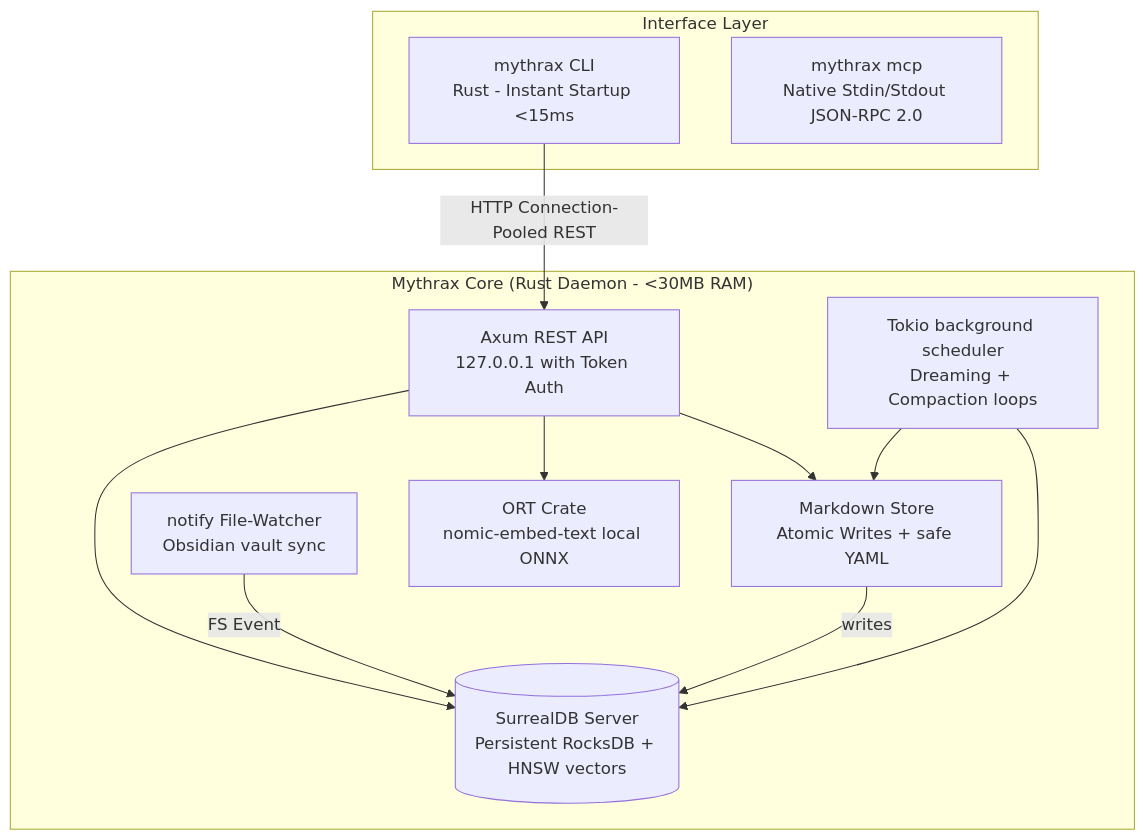
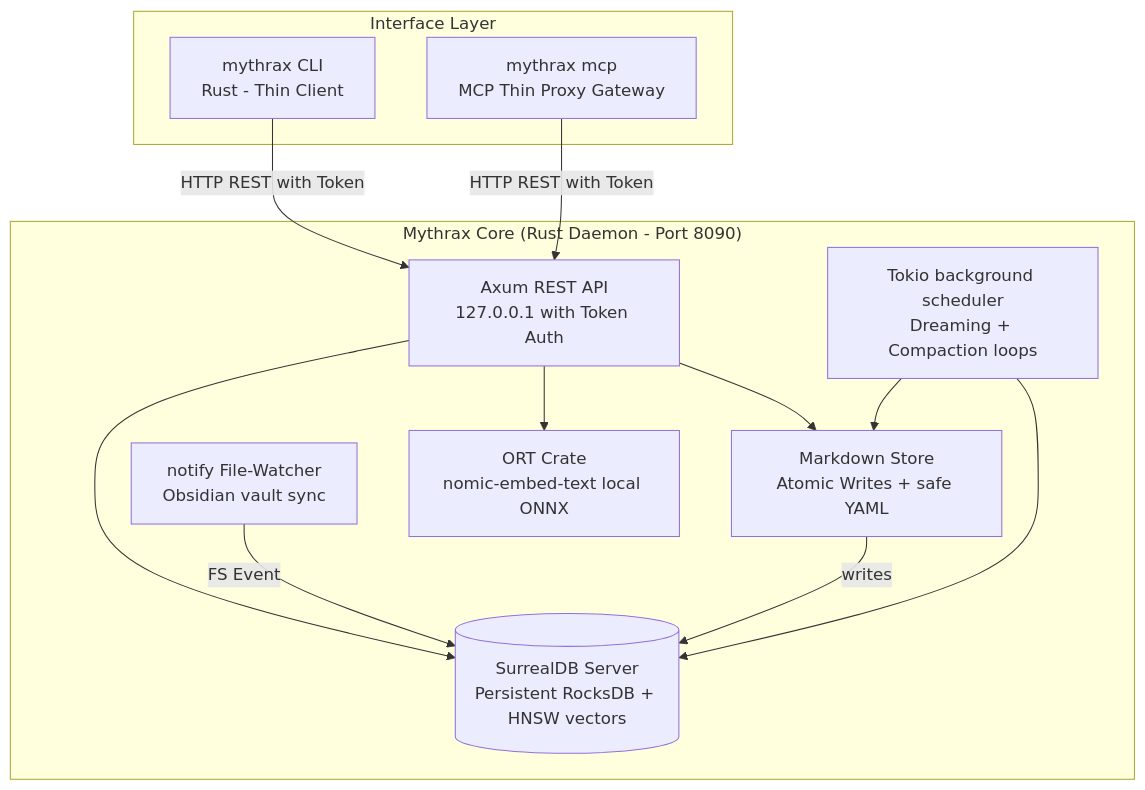
The diagram in README.md (keith-mcclellan/mythrax), drawn with Mermaid before and after one commit. The commit also changed other lines of this file and 27 other files, not shown here.

````diff
--- a/README.md
+++ b/README.md
@@ -10,25 +25,26 @@
 ```mermaid
 graph TB
     subgraph "Interface Layer"
-        CLI[mythrax CLI<br/>Rust - Instant Startup <15ms]
-        MCP[mythrax mcp<br/>Native Stdin/Stdout JSON-RPC 2.0]
+        CLI[mythrax CLI<br/>Rust - Thin Client]
+        MCP[mythrax mcp<br/>MCP Thin Proxy Gateway]
     end
 
-    subgraph "Mythrax Core (Rust Daemon - <30MB RAM)"
+    subgraph "Mythrax Core (Rust Daemon - Port 8090)"
         REST[Axum REST API<br/>127.0.0.1 with Token Auth]
         Store[Markdown Store<br/>Atomic Writes + safe YAML]
         Watcher[notify File-Watcher<br/>Obsidian vault sync]
         DB[(SurrealDB Server<br/>Persistent RocksDB + HNSW vectors)]
         ONNX[ORT Crate<br/>nomic-embed-text local ONNX]
         SCHED[Tokio background scheduler<br/>Dreaming + Compaction loops]
     end
 
-    CLI -->|HTTP Connection-Pooled REST| REST
+    CLI -->|HTTP REST with Token| REST
+    MCP -->|HTTP REST with Token| REST
     REST --> Store
     REST --> DB
     REST --> ONNX
     Watcher -->|FS Event| DB
     Store -->|writes| DB
     SCHED --> DB
     SCHED --> Store
 ```
````
